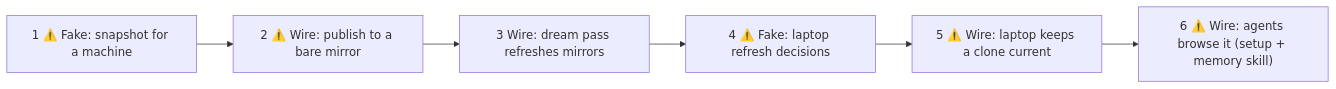
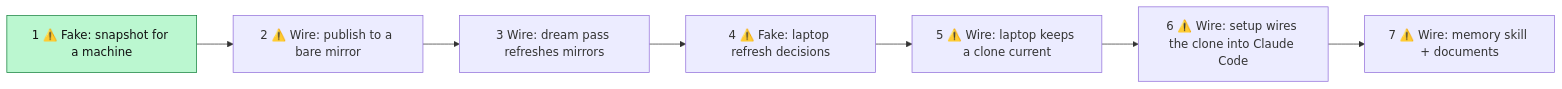
One commit to zyggy-org/zyggy changed the fourth of 4 diagrams in _specs/47-browsable-memory-laptop.md. Above: the diagram before and after it, drawn with Mermaid. The commit also changed other lines of this file, not shown here.

````diff
--- a/_specs/47-browsable-memory-laptop.md
+++ b/_specs/47-browsable-memory-laptop.md
@@ -119,8 +121,11 @@
 ```mermaid
 flowchart LR
   s1["1 ⚠️ Fake: snapshot for a machine"] --> s2["2 ⚠️ Wire: publish to a bare mirror"]
   s2 --> s3["3 Wire: dream pass refreshes mirrors"]
   s3 --> s4["4 ⚠️ Fake: laptop refresh decisions"]
   s4 --> s5["5 ⚠️ Wire: laptop keeps a clone current"]
-  s5 --> s6["6 ⚠️ Wire: agents browse it (setup + memory skill)"]
+  s5 --> s6["6 ⚠️ Wire: setup wires the clone into Claude Code"]
+  s6 --> s7["7 ⚠️ Wire: memory skill + documents"]
+  classDef done fill:#bbf7d0,stroke:#15803d,color:#111;
+  class s1 done;
 ```
````
